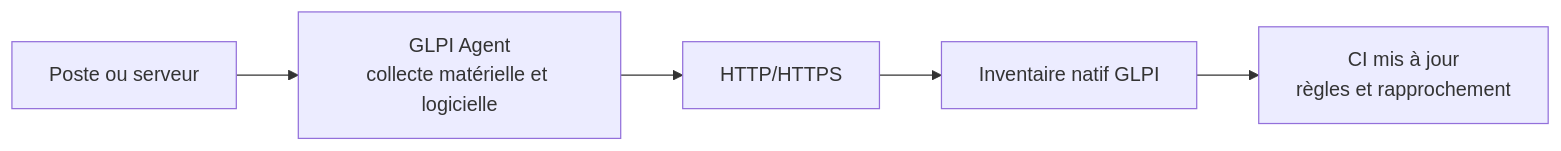
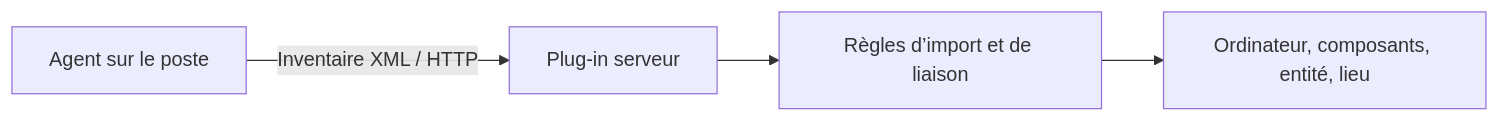
One commit to sk34pk25/tssr-cours changed the diagram in docs/modules/07-administration-glpi/module-06-plug-ins-et-inventaire.md. Above: the diagram before and after it, drawn with Mermaid. The commit also changed other lines of this file and 864 other files, not shown here.

````diff
--- a/docs/modules/07-administration-glpi/module-06-plug-ins-et-inventaire.md
+++ b/docs/modules/07-administration-glpi/module-06-plug-ins-et-inventaire.md
@@ -30,4 +19,6 @@
 ```mermaid
 flowchart LR
-    P["Poste ou serveur"] --> A["GLPI Agent<br/>collecte matérielle et logicielle"] --> H["HTTP/HTTPS"] --> G["Inventaire natif GLPI"] --> C["CI mis à jour<br/>règles et rapprochement"]
+    A["Agent sur le poste"] -->|"Inventaire XML / HTTP"| S["Plug-in serveur"]
+    S --> R["Règles d’import et de liaison"]
+    R --> O["Ordinateur, composants, entité, lieu"]
 ```
````
